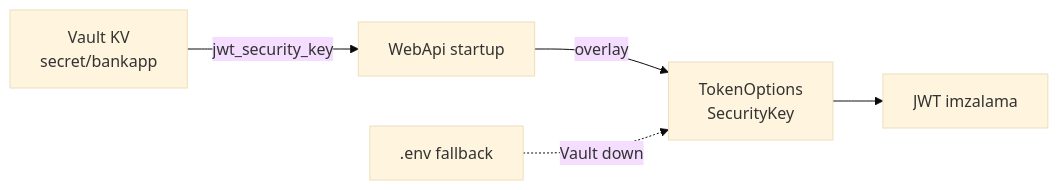
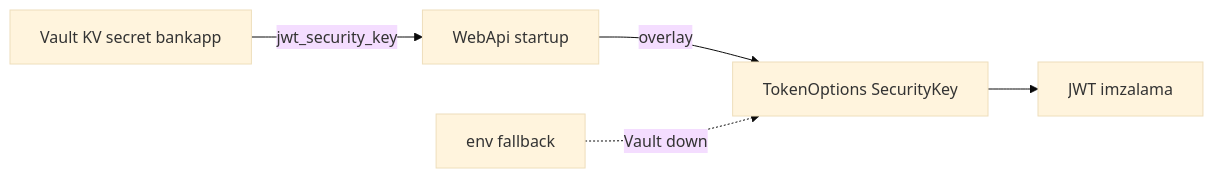
Before and after one commit to fdeniz07/BankApp: the first of 2 diagrams in docs/learning/tr/19-vault-lab.md, drawn with Mermaid (base theme). The commit also changed other lines of this file and 105 other files, not shown here.

First line of the commit message:
doc: Enrich learning chapters with labs, pitfalls, and safe Mermaid

````diff
--- a/docs/learning/tr/19-vault-lab.md
+++ b/docs/learning/tr/19-vault-lab.md
@@ -12,7 +14,7 @@
 ```mermaid
 flowchart LR
-  V[Vault KV\nsecret/bankapp] -->|jwt_security_key| W[WebApi startup]
-  W -->|overlay| C[TokenOptions\nSecurityKey]
-  C --> JWT[JWT imzalama]
-  ENV[.env fallback] -.->|Vault down| C
+  V["Vault KV secret bankapp"] -->|"jwt_security_key"| W["WebApi startup"]
+  W -->|"overlay"| C["TokenOptions SecurityKey"]
+  C --> JWT["JWT imzalama"]
+  ENV["env fallback"] -.->|"Vault down"| C
 ```
````
